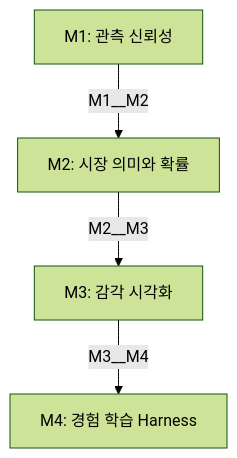
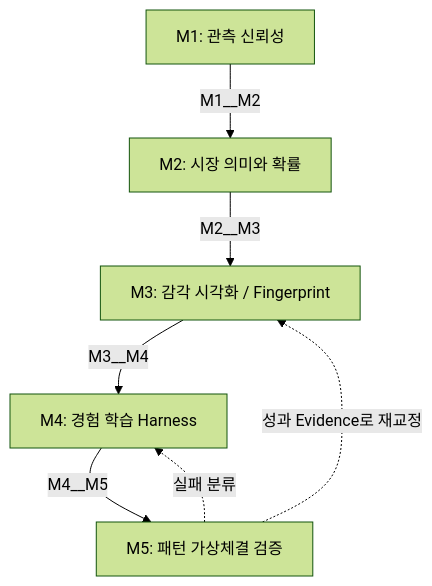
The diagram in docs/intent_graph.mmd (esuai02/shadow_wik), drawn with Mermaid (forest theme) before and after one commit.

Commit message:
Update intent graph for paper trading validation

```diff
--- a/docs/intent_graph.mmd
+++ b/docs/intent_graph.mmd
@@ -1,9 +1,13 @@
 flowchart TD
-  %% run=shadow-sensory-v1 revision=1
+  %% run=shadow-sensory-v1 revision=2 focus=M5
   M1["M1: 관측 신뢰성"]
   M2["M2: 시장 의미와 확률"]
-  M3["M3: 감각 시각화"]
+  M3["M3: 감각 시각화 / Fingerprint"]
   M4["M4: 경험 학습 Harness"]
+  M5["M5: 패턴 가상체결 검증"]
   M1 -->|M1__M2| M2
   M2 -->|M2__M3| M3
   M3 -->|M3__M4| M4
+  M4 -->|M4__M5| M5
+  M5 -.성과 Evidence로 재교정.-> M3
+  M5 -.실패 분류.-> M4
```
